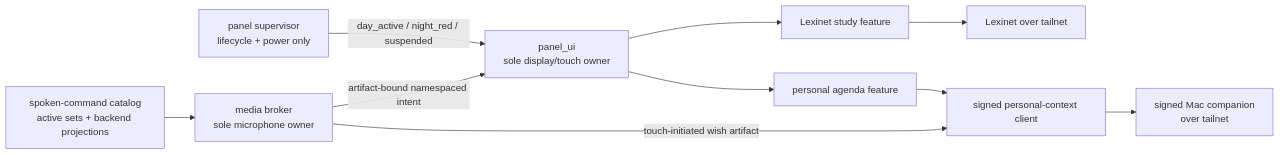
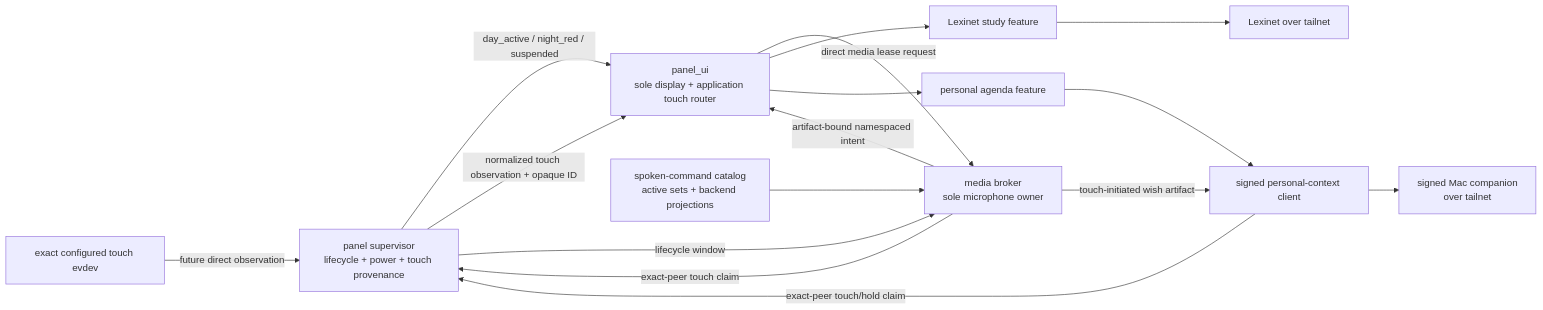
Before and after one commit to scshafe/embedded-house-panel: the second of 2 diagrams in README.md, drawn with Mermaid. The commit also changed other lines of this file and 11 other files, not shown here.

Commit message:
docs: enforce capability-holder touch provenance

````diff
--- a/README.md
+++ b/README.md
@@ -100,12 +100,18 @@
 ```mermaid
 flowchart LR
-    SUP["panel supervisor\nlifecycle + power only"] -->|"day_active / night_red / suspended"| SHELL["panel_ui\nsole display/touch owner"]
+    TOUCH["exact configured touch evdev"] -->|"future direct observation"| SUP["panel supervisor\nlifecycle + power + touch provenance"]
+    SUP -->|"day_active / night_red / suspended"| SHELL["panel_ui\nsole display + application touch router"]
+    SUP -->|"normalized touch observation + opaque ID"| SHELL
     CATALOG["spoken-command catalog\nactive sets + backend projections"] --> BROKER["media broker\nsole microphone owner"]
+    SUP -->|"lifecycle window"| BROKER
+    SHELL -->|"direct media lease request"| BROKER
+    BROKER -->|"exact-peer touch claim"| SUP
     BROKER -->|"artifact-bound namespaced intent"| SHELL
     SHELL --> VOCAB["Lexinet study feature"]
     SHELL --> AGENDA["personal agenda feature"]
     VOCAB --> LEXINET["Lexinet over tailnet"]
     AGENDA --> CLIENT["signed personal-context client"]
+    CLIENT -->|"exact-peer touch/hold claim"| SUP
     BROKER -->|"touch-initiated wish artifact"| CLIENT
     CLIENT --> MAC["signed Mac companion\nover tailnet"]
 ```
````
